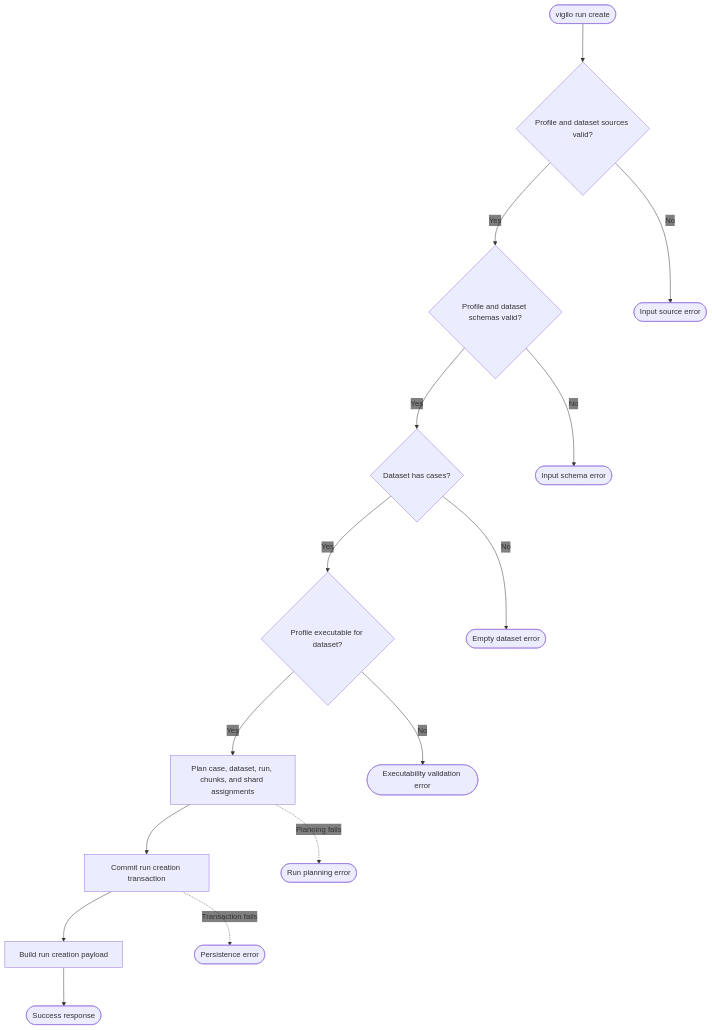
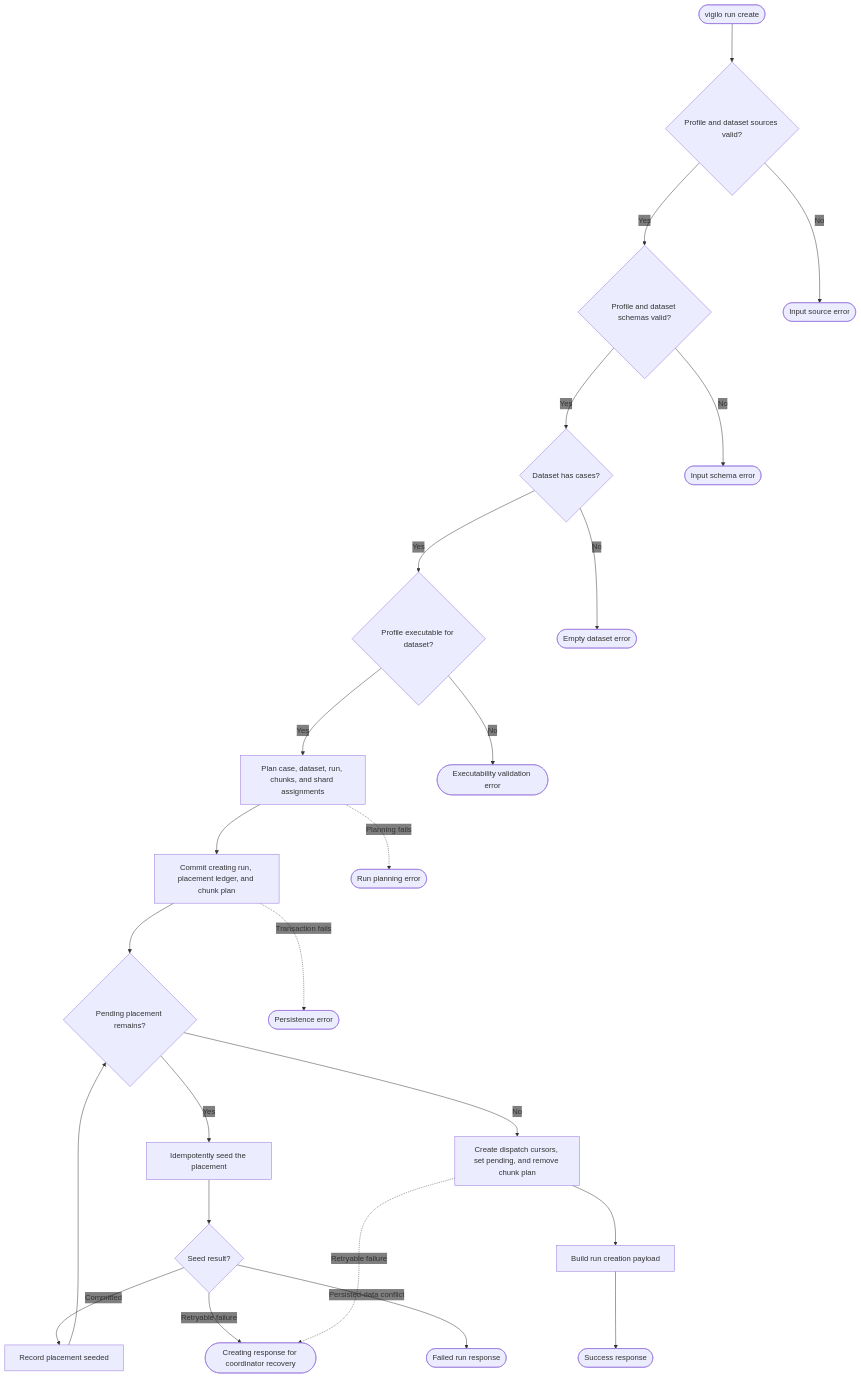
One commit to gregl83/agent-vigilo changed the diagram in web/docs/architecture/flows/run/create/decision-flow.mmd. Above: the diagram before and after it, drawn with Mermaid. The commit also changed 25 other files, not shown here.

Commit message:
update docs workflows for run creation step

```diff
--- a/web/docs/architecture/flows/run/create/decision-flow.mmd
+++ b/web/docs/architecture/flows/run/create/decision-flow.mmd
@@ -1,54 +1,71 @@
 ---
 config:
   flowchart:
     nodeSpacing: 150
     rankSpacing: 80
   themeVariables:
     edgeLabelBackground: 'transparent'
 ---
 flowchart TD
     Start([vigilo run create])
 
     Sources{Profile and dataset sources valid?}
     Parse{Profile and dataset schemas valid?}
     Cases{Dataset has cases?}
     Executable{Profile executable for dataset?}
     Plan[Plan case, dataset, run, chunks, and shard assignments]
-    Persist[Commit run creation transaction]
+    Persist[Commit creating run, placement ledger, and chunk plan]
+    Placement{Pending placement remains?}
+    Seed[Idempotently seed the placement]
+    SeedResult{Seed result?}
+    Record[Record placement seeded]
+    Activate[Create dispatch cursors, set pending, and remove chunk plan]
     Payload[Build run creation payload]
 
     Success([Success response])
+    Creating([Creating response for coordinator recovery])
+    CreationFailed([Failed run response])
 
     SourceFail([Input source error])
     ParseFail([Input schema error])
     EmptyDatasetFail([Empty dataset error])
     ExecutabilityFail([Executability validation error])
     PlanningFail([Run planning error])
     PersistenceFail([Persistence error])
 
     Start --> Sources
 
     Sources -- No --> SourceFail
     Sources -- Yes --> Parse
 
     Parse -- No --> ParseFail
     Parse -- Yes --> Cases
 
     Cases -- No --> EmptyDatasetFail
     Cases -- Yes --> Executable
 
     Executable -- No --> ExecutabilityFail
     Executable -- Yes --> Plan
 
     Plan --> Persist
     Plan -. Planning fails .-> PlanningFail
 
-    Persist --> Payload
+    Persist --> Placement
     Persist -. Transaction fails .-> PersistenceFail
+
+    Placement -- Yes --> Seed
+    Seed --> SeedResult
+    SeedResult -- Committed --> Record --> Placement
+    SeedResult -- Retryable failure --> Creating
+    SeedResult -- Persisted-data conflict --> CreationFailed
+    Placement -- No --> Activate
+    Activate --> Payload
+    Activate -. Retryable failure .-> Creating
 
     Payload --> Success
 
     class Start command
     class Success success
-    class Sources,Parse,Cases,Executable,Plan,Persist,Payload system
-    class SourceFail,ParseFail,EmptyDatasetFail,ExecutabilityFail,PlanningFail,PersistenceFail error
+    class Sources,Parse,Cases,Executable,Plan,Persist,Placement,Seed,SeedResult,Record,Activate,Payload system
+    class Creating component
+    class SourceFail,ParseFail,EmptyDatasetFail,ExecutabilityFail,PlanningFail,PersistenceFail,CreationFailed error
```
